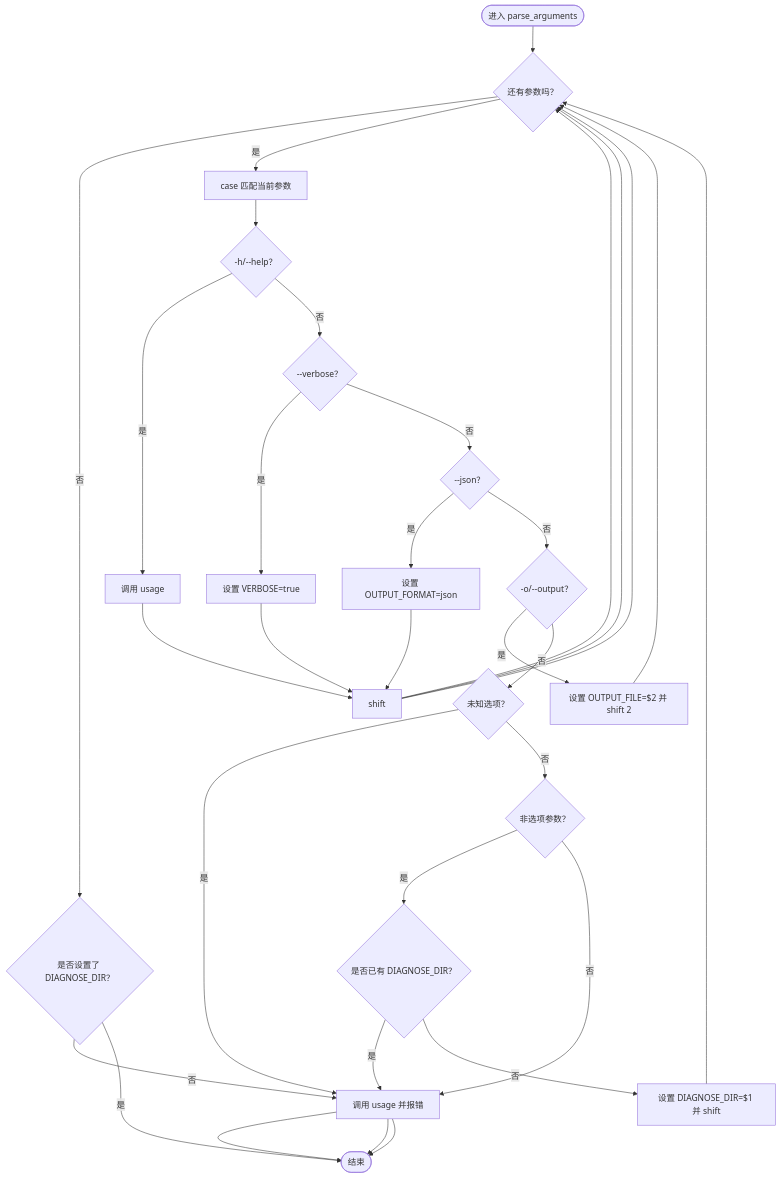
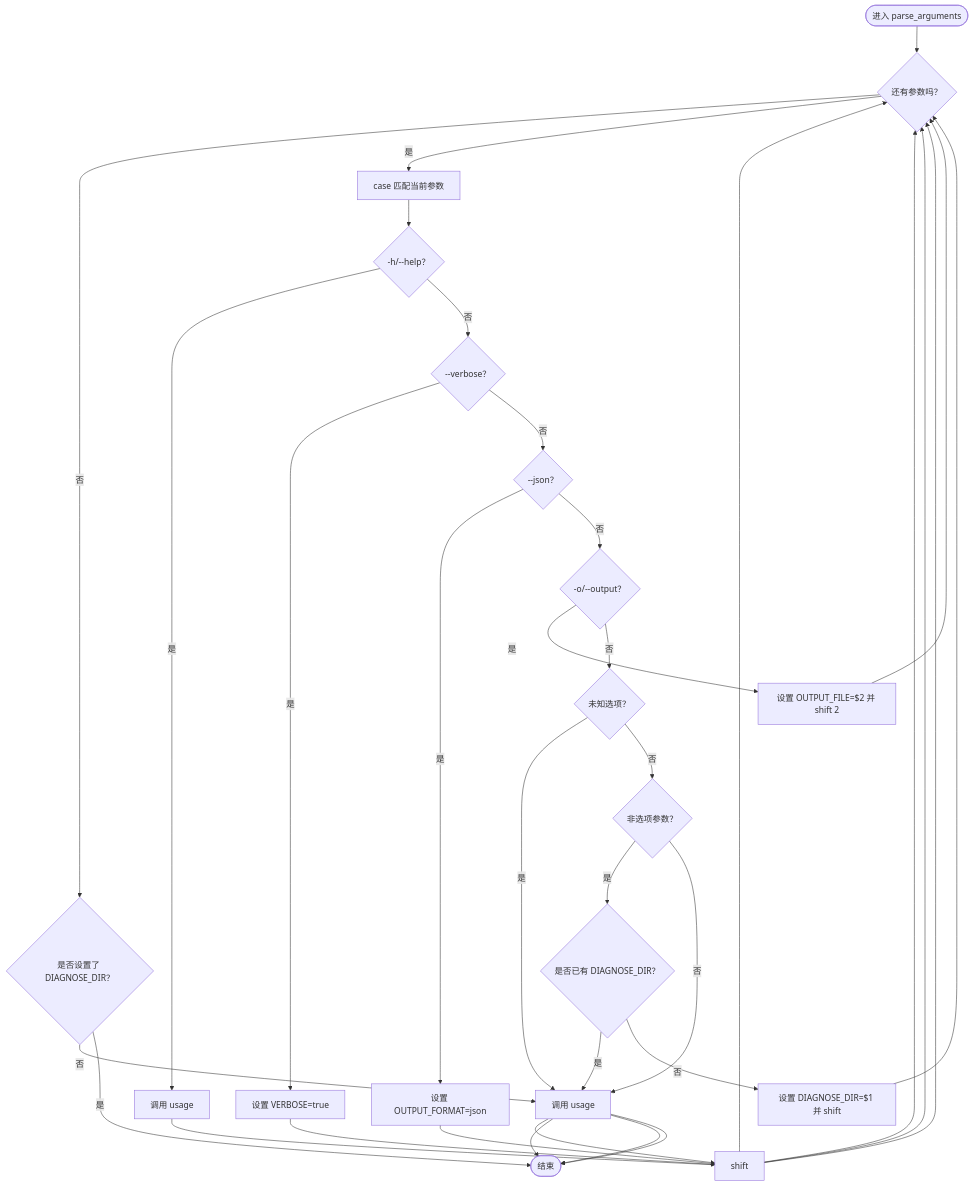
Before and after one commit to kudig-io/kudig.sh: the third of 3 diagrams in .qoder/repowiki/zh/content/使用方法.md, drawn with Mermaid. The commit also changed other lines of this file and 8 other files, not shown here.

````diff
--- a/.qoder/repowiki/zh/content/使用方法.md
+++ b/.qoder/repowiki/zh/content/使用方法.md
@@ -169,23 +169,23 @@
 ```mermaid
 flowchart TD
 Start(["进入 parse_arguments"]) --> Loop{"还有参数吗？"}
 Loop --> |否| CheckDir{"是否设置了 DIAGNOSE_DIR？"}
-CheckDir --> |否| Usage["调用 usage 并报错"]
+CheckDir --> |否| Usage["调用 usage"] --> Shift["shift"] --> Loop
 CheckDir --> |是| End(["结束"])
 Loop --> |是| Case["case 匹配当前参数"]
 Case --> Help{"-h/--help？"}
 Help --> |是| CallUsage["调用 usage"] --> Shift["shift"] --> Loop
 Help --> |否| Verbose{"--verbose？"}
 Verbose --> |是| SetVerbose["设置 VERBOSE=true"] --> Shift --> Loop
 Verbose --> |否| Json{"--json？"}
 Json --> |是| SetJson["设置 OUTPUT_FORMAT=json"] --> Shift --> Loop
 Json --> |否| Output{"-o/--output？"}
 Output --> |是| SetOutput["设置 OUTPUT_FILE=$2 并 shift 2"] --> Loop
 Output --> |否| Unknown{"未知选项？"}
 Unknown --> |是| Usage --> End
 Unknown --> |否| Dir{"非选项参数？"}
 Dir --> |是| HasDir{"是否已有 DIAGNOSE_DIR？"}
 HasDir --> |是| Usage --> End
 HasDir --> |否| SetDir["设置 DIAGNOSE_DIR=$1 并 shift"] --> Loop
 Dir --> |否| Usage --> End
 ```
````
